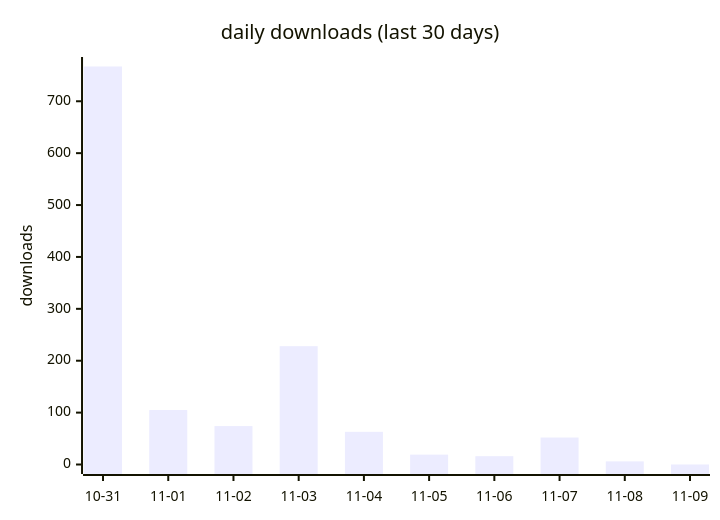
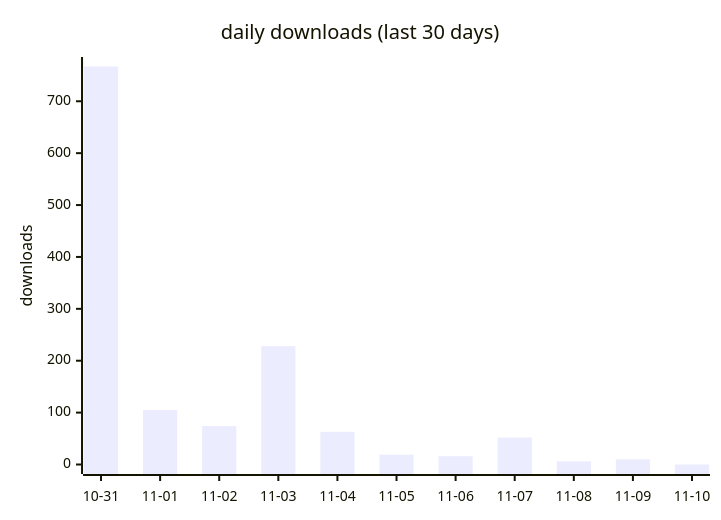
The first of 2 diagrams in docs/downloads-2026.md (terry2010/opencode-loop-recover), drawn with Mermaid before and after one commit. The commit also changed other lines of this file and 1 other file, not shown here.

````diff
--- a/docs/downloads-2026.md
+++ b/docs/downloads-2026.md
@@ -19,7 +19,7 @@
 ```mermaid
 xychart-beta
     title "daily downloads (last 30 days)"
-    x-axis ["10-31", "11-01", "11-02", "11-03", "11-04", "11-05", "11-06", "11-07", "11-08", "11-09"]
+    x-axis ["10-31", "11-01", "11-02", "11-03", "11-04", "11-05", "11-06", "11-07", "11-08", "11-09", "11-10"]
     y-axis "downloads" 0 --> 767
-    bar [767, 105, 74, 228, 63, 19, 16, 52, 6, 0]
+    bar [767, 105, 74, 228, 63, 19, 16, 52, 6, 10, 0]
 ```
````
